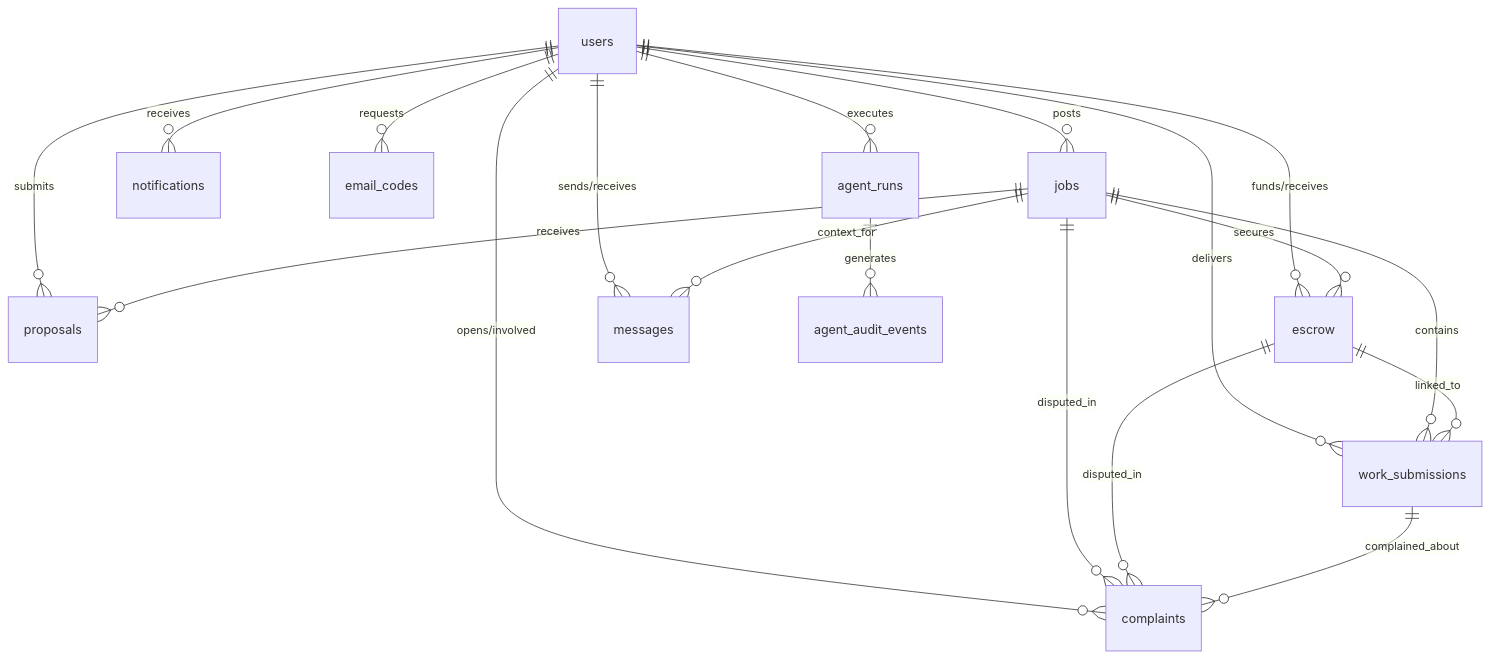
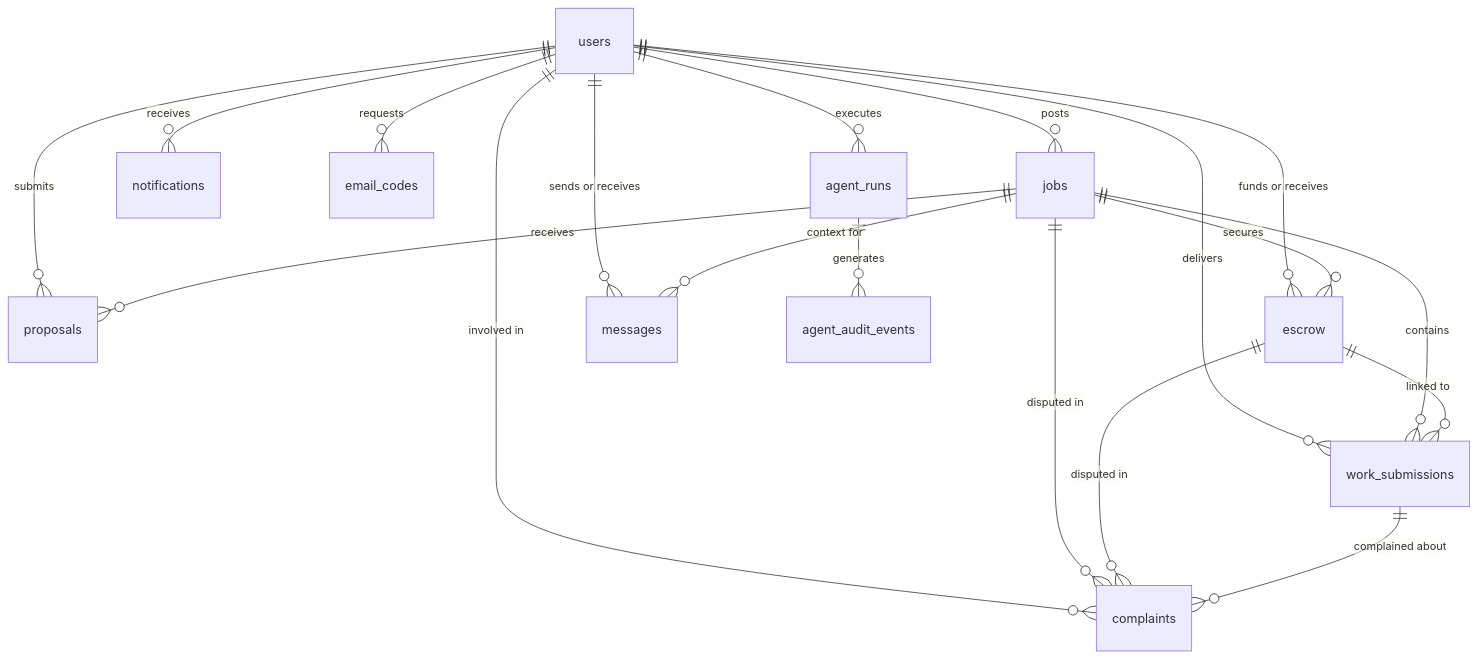
Before and after one commit to shxheerkhn/EscrowIQ: the fourth of 4 diagrams in README.md, drawn with Mermaid. The commit also changed other lines of this file, not shown here.

````diff
--- a/README.md
+++ b/README.md
@@ -299,24 +299,24 @@
 ```mermaid
 erDiagram
     users ||--o{ jobs : "posts"
     users ||--o{ proposals : "submits"
-    users ||--o{ escrow : "funds/receives"
+    users ||--o{ escrow : "funds or receives"
     users ||--o{ work_submissions : "delivers"
-    users ||--o{ complaints : "opens/involved"
+    users ||--o{ complaints : "involved in"
     users ||--o{ notifications : "receives"
     users ||--o{ email_codes : "requests"
-    users ||--o{ messages : "sends/receives"
+    users ||--o{ messages : "sends or receives"
     users ||--o{ agent_runs : "executes"
     
     jobs ||--o{ proposals : "receives"
     jobs ||--o{ escrow : "secures"
     jobs ||--o{ work_submissions : "contains"
-    jobs ||--o{ complaints : "disputed_in"
-    jobs ||--o{ messages : "context_for"
+    jobs ||--o{ complaints : "disputed in"
+    jobs ||--o{ messages : "context for"
     
-    escrow ||--o{ work_submissions : "linked_to"
-    escrow ||--o{ complaints : "disputed_in"
+    escrow ||--o{ work_submissions : "linked to"
+    escrow ||--o{ complaints : "disputed in"
     
-    work_submissions ||--o{ complaints : "complained_about"
+    work_submissions ||--o{ complaints : "complained about"
     agent_runs ||--o{ agent_audit_events : "generates"
 ```
````
